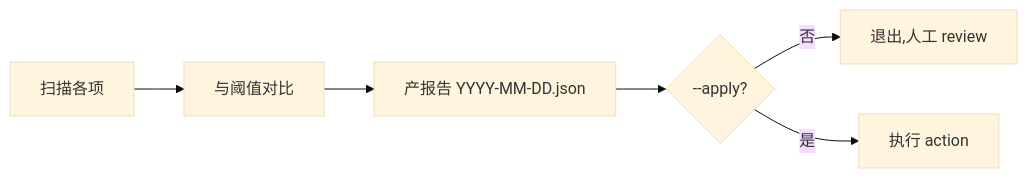
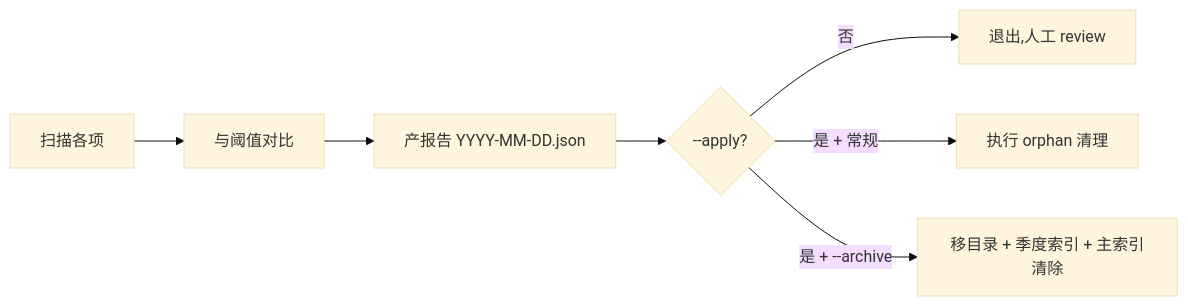
One commit to dd-xiaozhi/dev-agent-flow changed the diagram in .claude/skills/gc/SKILL.md. Above: the diagram before and after it, drawn with Mermaid (base theme). The commit also changed other lines of this file and 33 other files, not shown here.

````diff
--- a/.claude/skills/gc/SKILL.md
+++ b/.claude/skills/gc/SKILL.md
@@ -51,8 +69,9 @@
 ```mermaid
 flowchart LR
   A[扫描各项] --> B[与阈值对比]
   B --> C[产报告 YYYY-MM-DD.json]
   C --> D{--apply?}
   D -->|否| E[退出,人工 review]
-  D -->|是| F[执行 action]
+  D -->|是 + 常规| F[执行 orphan 清理]
+  D -->|是 + --archive| G[移目录 + 季度索引 + 主索引清除]
 ```
````
